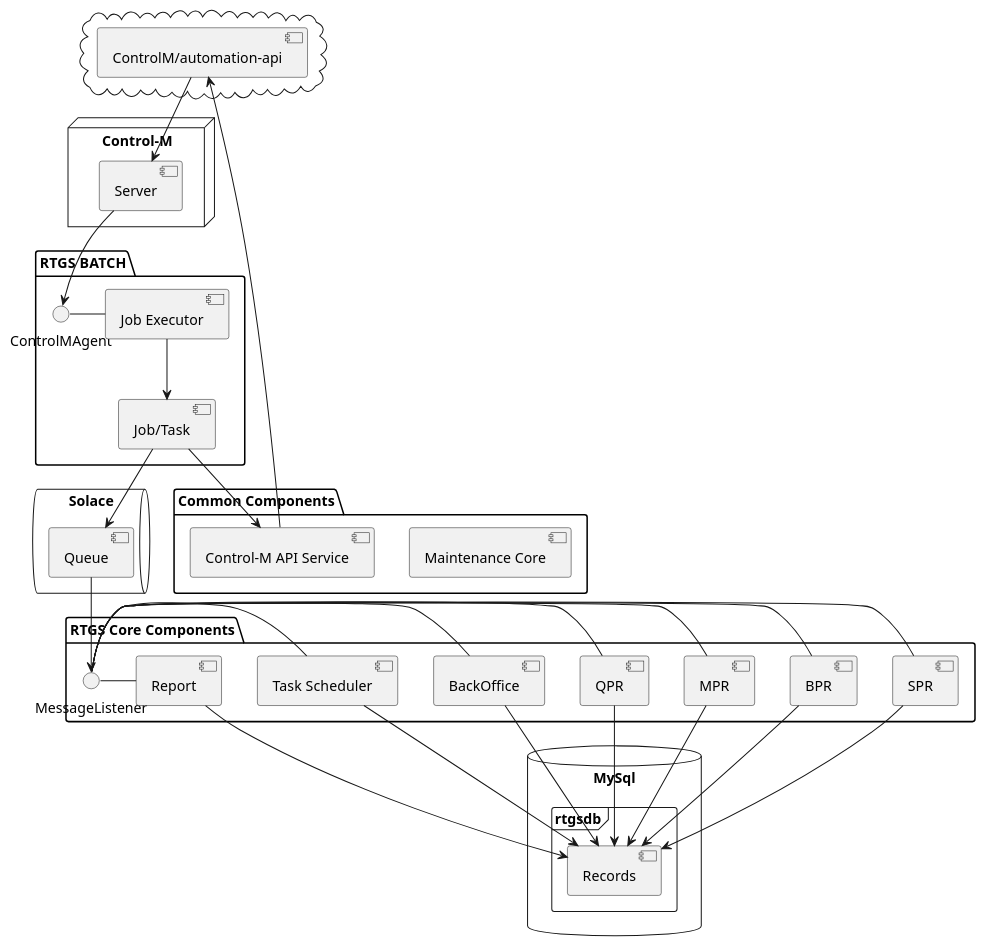
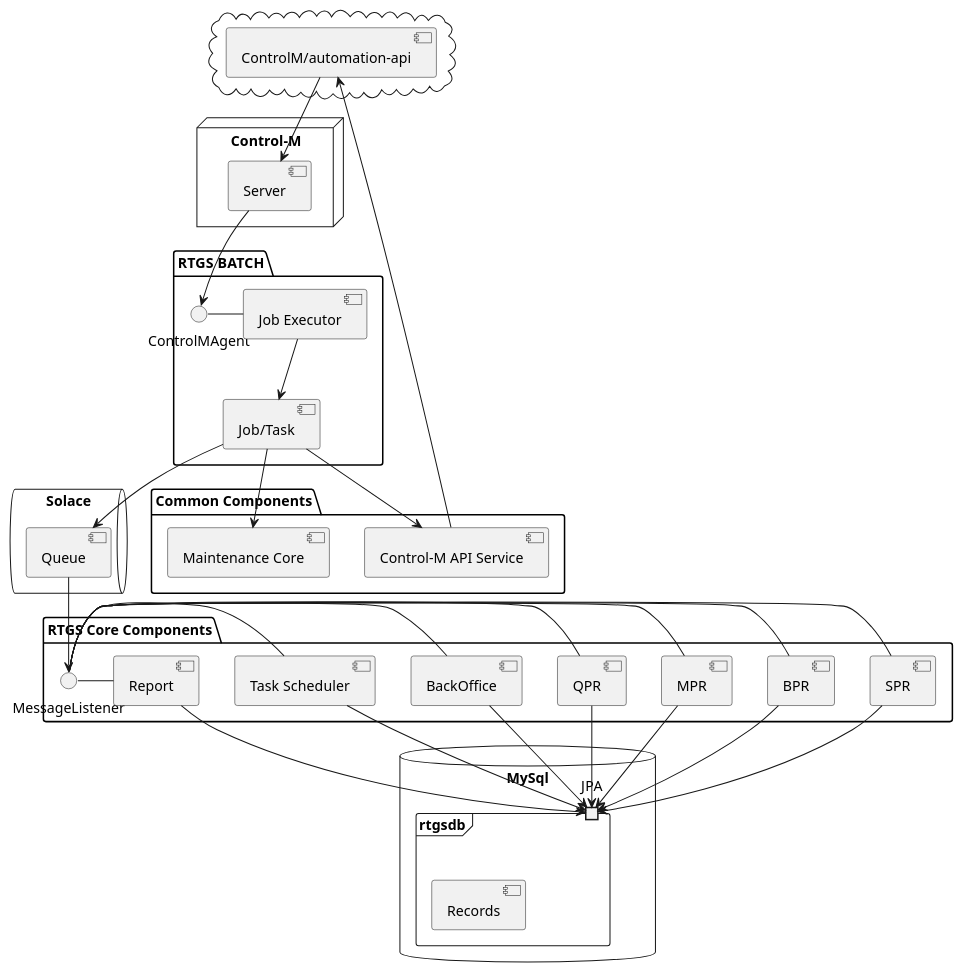
One commit to aristotlemiranda/controlm changed the diagram in controlm-batch.puml. Above: the diagram before and after it, drawn with PlantUML.

```diff
--- a/controlm-batch.puml
+++ b/controlm-batch.puml
@@ -1,66 +1,69 @@
 @startuml
 'https://plantuml.com/sequence-diagram
 
 
 package "RTGS BATCH" {
   ControlMAgent - [Job Executor]
   [Job/Task]
 }
 
 package "Common Components" {
     [Maintenance Core]
-    [Control-M API Service]    
+    [Control-M API Service]
 }
 
 package "RTGS Core Components" {
   MessageListener - [SPR]
 
   MessageListener - [BPR]
 
   MessageListener - [MPR]
 
   MessageListener - [QPR]
 
   MessageListener - [BackOffice]
 
   MessageListener - [Task Scheduler]
-  
+
   MessageListener - [Report]
-  
+
 }
 
 cloud {
   [ControlM/automation-api]
 }
 
 queue Solace {
    [Queue]
 }
 
 node "Control-M" {
     [Server]
 }
 
 
 database "MySql" {
+  
   frame "rtgsdb" {
+     port JPA
       [Records]
   }
 }
 
 [Server] --> ControlMAgent
 [Job Executor] --> [Job/Task]
 [Job/Task] --> [Queue]
 [Job/Task] --> [Control-M API Service]
+[Job/Task] --> [Maintenance Core]
 [Control-M API Service] --> [ControlM/automation-api]
 [Queue] --> MessageListener
 [ControlM/automation-api] --> [Server]
-[BPR] --> [Records]
-[QPR] --> [Records]
-[SPR] --> [Records]
-[MPR] --> [Records]
-[BackOffice] --> [Records]
-[Task Scheduler] --> [Records]
-[Report] --> [Records]
+[BPR] --> JPA
+[QPR] --> JPA
+[SPR] --> JPA
+[MPR] --> JPA
+[BackOffice] --> JPA
+[Task Scheduler] --> JPA
+[Report] --> JPA
 
 @enduml
```
